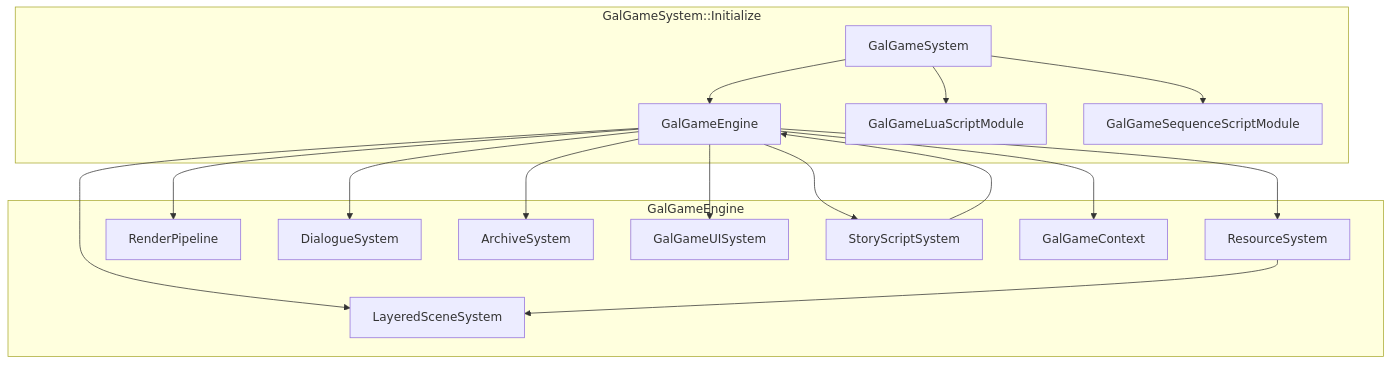
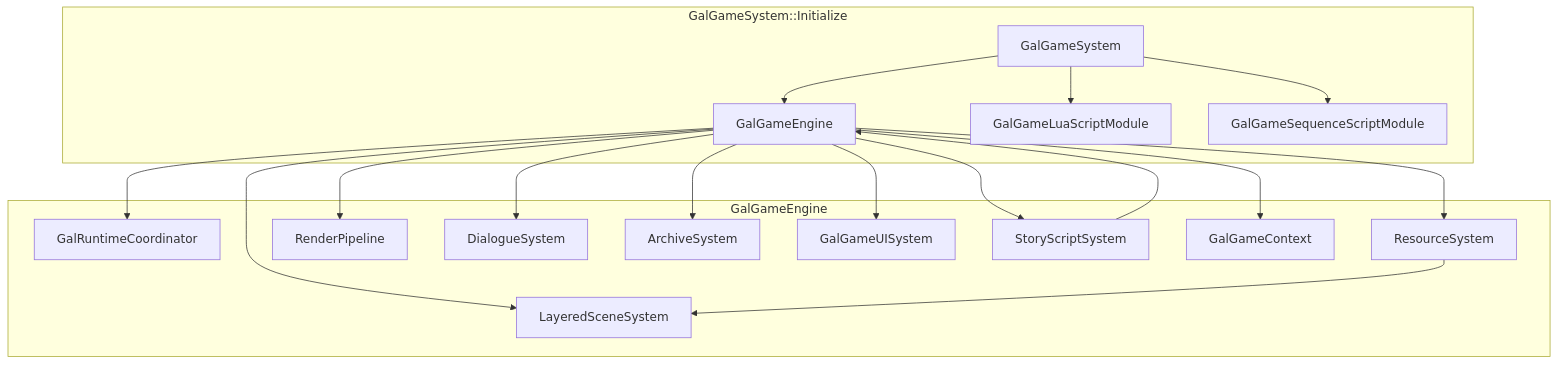
Before and after one commit to DarlingZeroX/Neverness: the diagram in Engine/Source/RuntimeGalgame/VGGalgame/Docs/MODULE_ARCHITECTURE_AND_PROGRESS.md, drawn with Mermaid. The commit also changed other lines of this file and 32 other files, not shown here.

````diff
--- a/Engine/Source/RuntimeGalgame/VGGalgame/Docs/MODULE_ARCHITECTURE_AND_PROGRESS.md
+++ b/Engine/Source/RuntimeGalgame/VGGalgame/Docs/MODULE_ARCHITECTURE_AND_PROGRESS.md
@@ -47,34 +49,36 @@
 ```mermaid
 flowchart TB
   subgraph Bootstrap["GalGameSystem::Initialize"]
     GGS[GalGameSystem]
     GGE[GalGameEngine]
     LUA[GalGameLuaScriptModule]
     SEQ[GalGameSequenceScriptModule]
   end
 
   subgraph Engine["GalGameEngine"]
+    COORD[GalRuntimeCoordinator]
     RS[ResourceSystem]
     LS[LayeredSceneSystem]
     RP[RenderPipeline]
     DLG[DialogueSystem]
     ARC[ArchiveSystem]
     UI[GalGameUISystem]
     STY[StoryScriptSystem]
     CTX[GalGameContext]
   end
 
   GGS --> GGE
   GGS --> LUA
   GGS --> SEQ
   GGE --> CTX
+  GGE --> COORD
   GGE --> RS
   GGE --> LS
   GGE --> RP
   GGE --> DLG
   GGE --> ARC
   GGE --> UI
   GGE --> STY
   RS --> LS
   STY --> GGE
 ```
````
